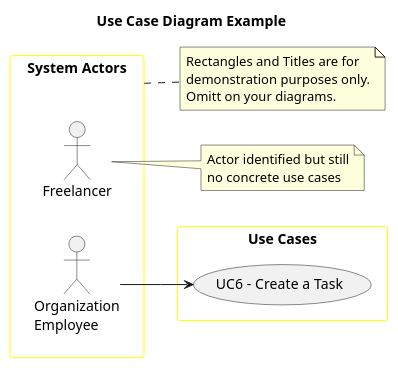
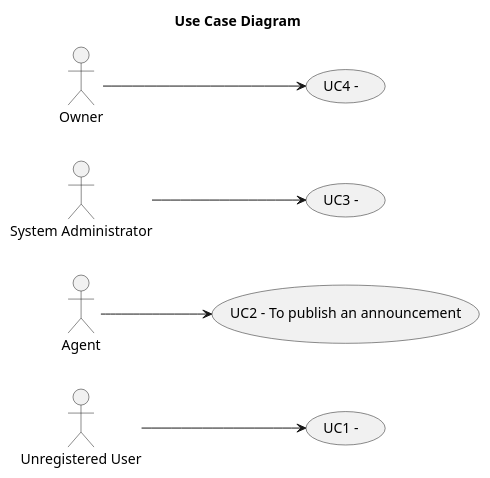
The diagram in docs/sprintA/global-artifacts/01.requirements-engineering/puml/use-case-diagram.puml (rita-barbosa/LAPR2-2223), drawn with PlantUML before and after one commit. The commit also changed 1 other file, not shown here.

Commit message:
Update of Use Case Diagram

```diff
--- a/docs/sprintA/global-artifacts/01.requirements-engineering/puml/use-case-diagram.puml
+++ b/docs/sprintA/global-artifacts/01.requirements-engineering/puml/use-case-diagram.puml
@@ -1,35 +1,23 @@
 @startuml
 'skinparam monochrome true
 skinparam packageStyle rectangle
 'skinparam shadowing false
 
 skinparam rectangle{
     BorderColor yellow
 }
 
-title Use Case Diagram Example
+title Use Case Diagram
 
 left to right direction
 
-rectangle "System Actors" as actors {
-    actor Freelancer
-    actor "Organization\nEmployee" as Employee
-}
-
-
-note right of Freelancer
-    Actor identified but still
-    no concrete use cases
-end note
-
-rectangle "Use Cases" as usecases{
-    usecase "UC6 - Create a Task" as UC6
-    Employee --> UC6
-}
-note right of actors
-    Rectangles and Titles are for
-    demonstration purposes only.
-    Omitt on your diagrams.
-end note
+    usecase "UC1 - " as UC1
+        "Unregistered User" --> UC1
+    usecase "UC2 - To publish an announcement" as UC2
+        "Agent" --> UC2
+    usecase "UC3 - " as UC3
+        "System Administrator" --> UC3
+     usecase "UC4 - " as UC4
+         "Owner" --> UC4
 
 @enduml
```
